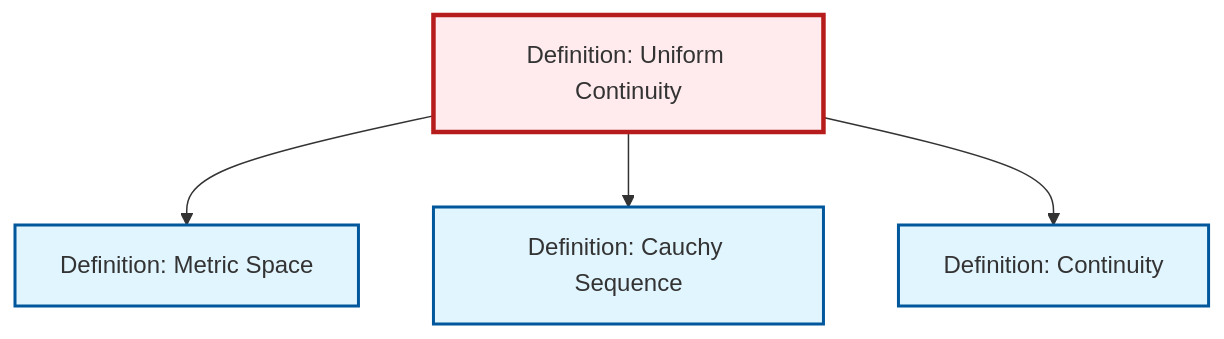
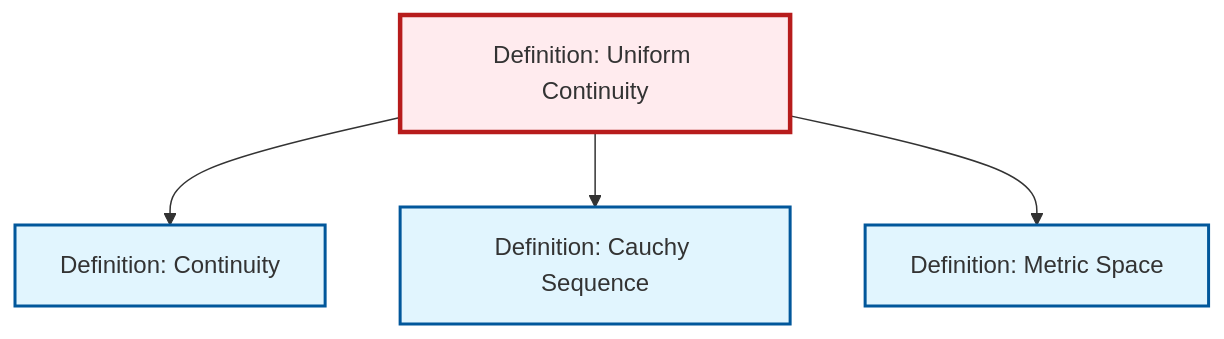
One commit to RK0429/ModernMath changed the diagram in content/en/analysis/def-uniform-continuity.qmd. Above: the diagram before and after it, drawn with Mermaid. The commit also changed other lines of this file and 581 other files, not shown here.

````diff
--- a/content/en/analysis/def-uniform-continuity.qmd
+++ b/content/en/analysis/def-uniform-continuity.qmd
@@ -69,20 +69,20 @@
 ```{mermaid}
 %%| fig-cap: "Local dependency graph"
 graph TD
     classDef definition fill:#e1f5fe,stroke:#01579b,stroke-width:2px
     classDef theorem fill:#f3e5f5,stroke:#4a148c,stroke-width:2px
     classDef axiom fill:#fff3e0,stroke:#e65100,stroke-width:2px
     classDef example fill:#e8f5e9,stroke:#1b5e20,stroke-width:2px
     classDef current fill:#ffebee,stroke:#b71c1c,stroke-width:3px
+    def-uniform-continuity["Definition: Uniform Continuity"]:::definition
+    def-metric-space["Definition: Metric Space"]:::definition
     def-cauchy-sequence["Definition: Cauchy Sequence"]:::definition
     def-continuity["Definition: Continuity"]:::definition
-    def-metric-space["Definition: Metric Space"]:::definition
-    def-uniform-continuity["Definition: Uniform Continuity"]:::definition
+    def-uniform-continuity --> def-continuity
+    def-uniform-continuity --> def-cauchy-sequence
     def-uniform-continuity --> def-metric-space
-    def-uniform-continuity --> def-cauchy-sequence
-    def-uniform-continuity --> def-continuity
     class def-uniform-continuity current
+    click def-metric-space "def-metric-space.html" "Go to Metric Space definition"
     click def-cauchy-sequence "def-cauchy-sequence.html" "Go to Cauchy Sequence definition"
     click def-continuity "def-continuity.html" "Go to Continuity definition"
-    click def-metric-space "def-metric-space.html" "Go to Metric Space definition"
 ```
````
